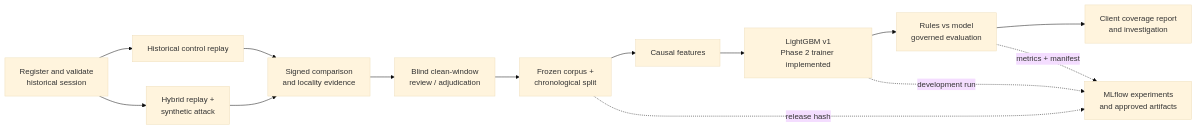
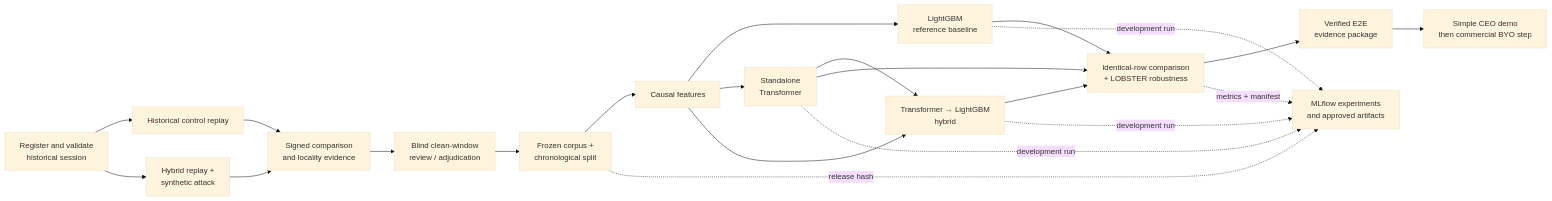
Before and after one commit to khab40/lob-arena: the second of 15 diagrams in docs/USE_CASES.md, drawn with Mermaid (base theme). The commit also changed other lines of this file and 5 other files, not shown here.

Commit message:
docs: prioritize three-model E2E demo

````diff
--- a/docs/USE_CASES.md
+++ b/docs/USE_CASES.md
@@ -80,28 +87,39 @@
 ```mermaid
 flowchart LR
     Register["Register and validate<br/>historical session"]
     Replay["Historical control replay"]
     Inject["Hybrid replay +<br/>synthetic attack"]
     Evidence["Signed comparison<br/>and locality evidence"]
     Review["Blind clean-window<br/>review / adjudication"]
     Freeze["Frozen corpus +<br/>chronological split"]
     Features["Causal features"]
-    Train["LightGBM v1<br/>Phase 2 trainer implemented"]
-    Compare["Rules vs model<br/>governed evaluation"]
+    LightGBM["LightGBM<br/>reference baseline"]
+    Transformer["Standalone<br/>Transformer"]
+    Hybrid["Transformer → LightGBM<br/>hybrid"]
+    Compare["Identical-row comparison<br/>+ LOBSTER robustness"]
     Track["MLflow experiments<br/>and approved artifacts"]
-    Client["Client coverage report<br/>and investigation"]
+    Package["Verified E2E<br/>evidence package"]
+    Client["Simple CEO demo<br/>then commercial BYO step"]
 
     Register --> Replay
     Register --> Inject
     Replay --> Evidence
     Inject --> Evidence
     Evidence --> Review
     Review --> Freeze
     Freeze --> Features
-    Features --> Train
-    Train --> Compare
-    Compare --> Client
+    Features --> LightGBM
+    Features --> Transformer
+    Transformer --> Hybrid
+    Features --> Hybrid
+    LightGBM --> Compare
+    Transformer --> Compare
+    Hybrid --> Compare
+    Compare --> Package
+    Package --> Client
     Freeze -. "release hash" .-> Track
-    Train -. "development run" .-> Track
+    LightGBM -. "development run" .-> Track
+    Transformer -. "development run" .-> Track
+    Hybrid -. "development run" .-> Track
     Compare -. "metrics + manifest" .-> Track
 ```
````
